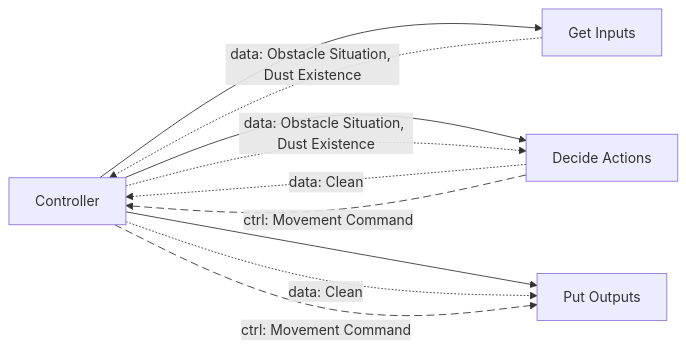
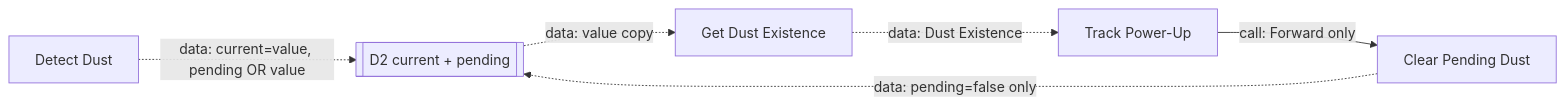
Before and after one commit to cmh0322/rvc-hw3-2: the fourth of 4 diagrams in artifacts/SD/structure_chart.md, drawn with Mermaid. The commit also changed other lines of this file and 1155 other files, not shown here.

````diff
--- a/artifacts/SD/structure_chart.md
+++ b/artifacts/SD/structure_chart.md
@@ -136,22 +112,13 @@
 ```mermaid
-%%{init: {"flowchart": {"nodeSpacing": 90, "rankSpacing": 260}}}%%
 flowchart LR
-    Ctrl["Controller"]
-    GetIn["Get Inputs"]
-    Decide["Decide Actions"]
-    PutOut["Put Outputs"]
-
-    Ctrl --> GetIn
-    Ctrl --> Decide
-    Ctrl --> PutOut
-
-    GetIn -.->|"data: Obstacle Situation, Dust Existence"| Ctrl
-    Ctrl -.->|"data: Obstacle Situation, Dust Existence"| Decide
-    Decide -.->|"data: Clean"| Ctrl
-    Ctrl -.->|"data: Clean"| PutOut
-
-    Decide -.->|"ctrl: Movement Command"| Ctrl
-    Ctrl -.->|"ctrl: Movement Command"| PutOut
-
-    linkStyle 7,8 stroke-dasharray: 9 5
+    Detect["Detect Dust"]
+    D2[["D2 current + pending"]]
+    Get["Get Dust Existence"]
+    Track["Track Power-Up"]
+    Clear["Clear Pending Dust"]
+    Detect -.->|"data: current=value, pending OR value"| D2
+    D2 -.->|"data: value copy"| Get
+    Get -.->|"data: Dust Existence"| Track
+    Track -->|"call: Forward only"| Clear
+    Clear -.->|"data: pending=false only"| D2
 ```
````
